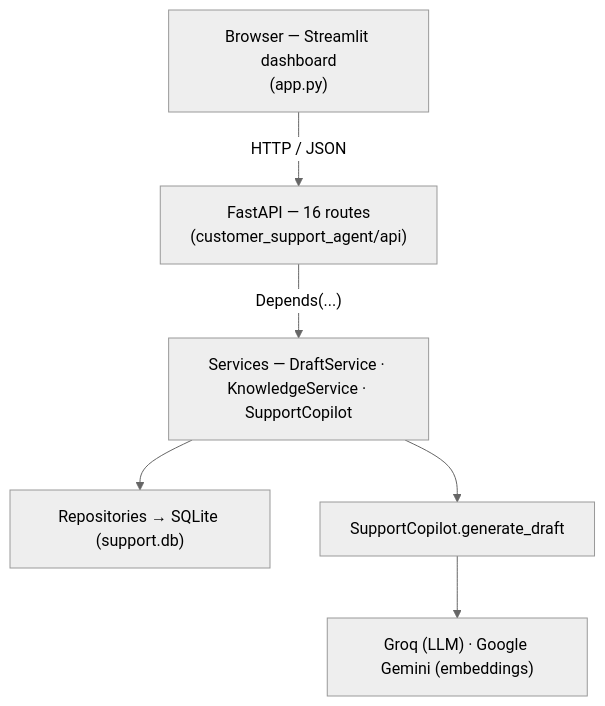
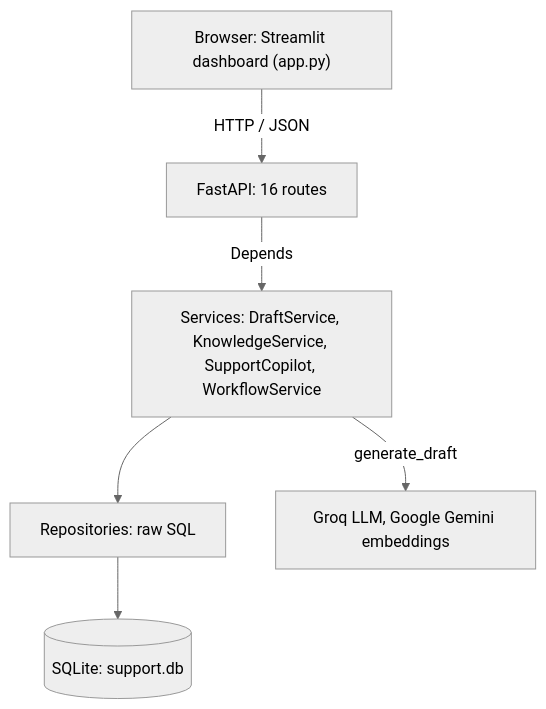
The first of 2 diagrams in README.md (samriddhi56652/insurance-claims-copilot), drawn with Mermaid (neutral theme) before and after one commit. The commit also changed other lines of this file and 1 other file, not shown here.

Commit message:
fix(docs): rewrite Mermaid diagrams for GitHub's renderer
GitHub's Mermaid version fails on <br/> line breaks inside node
labels combined with edge labels ("Could not find a suitable point
for the given distance"). Removed all <br/>, switched to ASCII-only
labels and pipe-style edge labels, and used stateDiagram-v2 for the
lifecycle diagrams (more robust than flowchart with many edge
labels).

````diff
--- a/README.md
+++ b/README.md
@@ -127,15 +127,15 @@
 ```mermaid
 flowchart TD
-    UI["Browser — Streamlit dashboard<br/>(app.py)"]
-    API["FastAPI — 16 routes<br/>(customer_support_agent/api)"]
-    SVC["Services — DraftService · KnowledgeService · SupportCopilot"]
-    REPO["Repositories → SQLite (support.db)"]
-    COP["SupportCopilot.generate_draft"]
-    EXT["Groq (LLM) · Google Gemini (embeddings)"]
+    UI["Browser: Streamlit dashboard (app.py)"]
+    API["FastAPI: 16 routes"]
+    SVC["Services: DraftService, KnowledgeService, SupportCopilot, WorkflowService"]
+    REPO["Repositories: raw SQL"]
+    DB[("SQLite: support.db")]
+    EXT["Groq LLM, Google Gemini embeddings"]
 
-    UI -- "HTTP / JSON" --> API
-    API -- "Depends(...)" --> SVC
+    UI -->|HTTP / JSON| API
+    API -->|Depends| SVC
     SVC --> REPO
-    SVC --> COP
-    COP --> EXT
+    REPO --> DB
+    SVC -->|generate_draft| EXT
 ```
````
